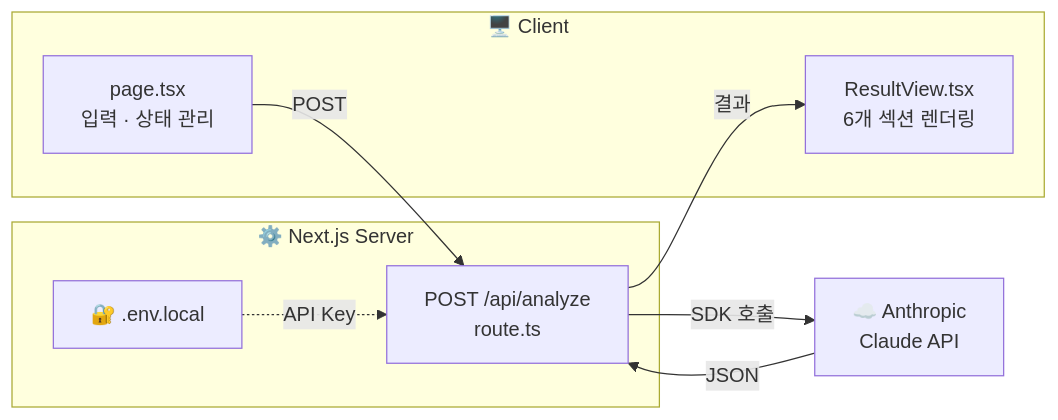
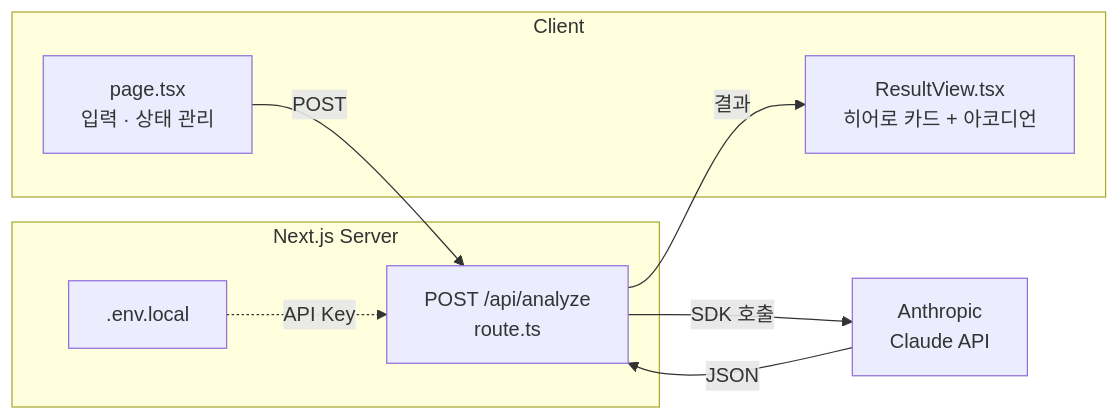
The diagram in README.md (yha992/meeting-action-items), drawn with Mermaid before and after one commit. The commit also changed other lines of this file and 9 other files, not shown here.

````diff
--- a/README.md
+++ b/README.md
@@ -29,20 +43,20 @@
 ```mermaid
 graph LR
-  subgraph Client["🖥️ Client"]
+  subgraph Client["Client"]
     P["page.tsx<br/>입력 · 상태 관리"]
-    R["ResultView.tsx<br/>6개 섹션 렌더링"]
+    R["ResultView.tsx<br/>히어로 카드 + 아코디언"]
   end
 
-  subgraph Server["⚙️ Next.js Server"]
+  subgraph Server["Next.js Server"]
     API["POST /api/analyze<br/>route.ts"]
-    ENV["🔐 .env.local"]
+    ENV[".env.local"]
   end
 
-  Claude["☁️ Anthropic<br/>Claude API"]
+  Claude["Anthropic<br/>Claude API"]
 
   P -->|"POST"| API
   API -->|"SDK 호출"| Claude
   Claude -->|"JSON"| API
   API -->|"결과"| R
   ENV -. "API Key" .-> API
 ```
````
